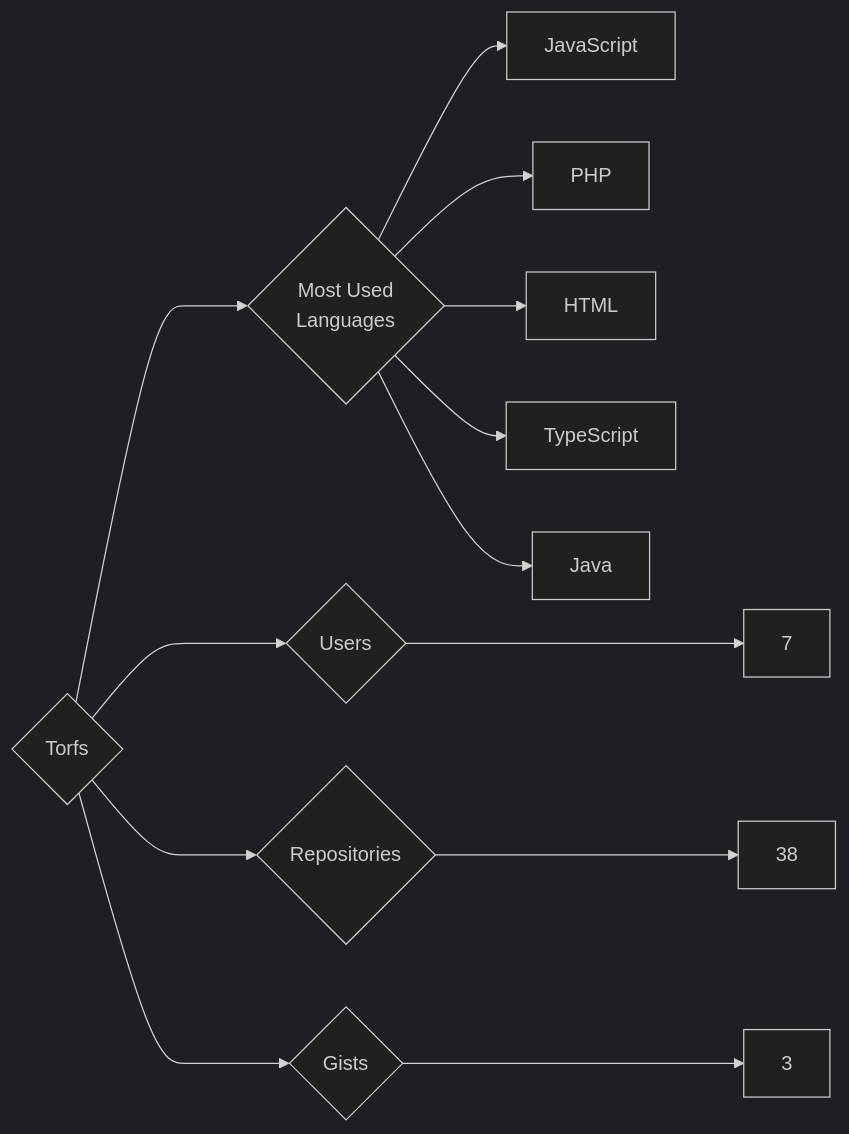
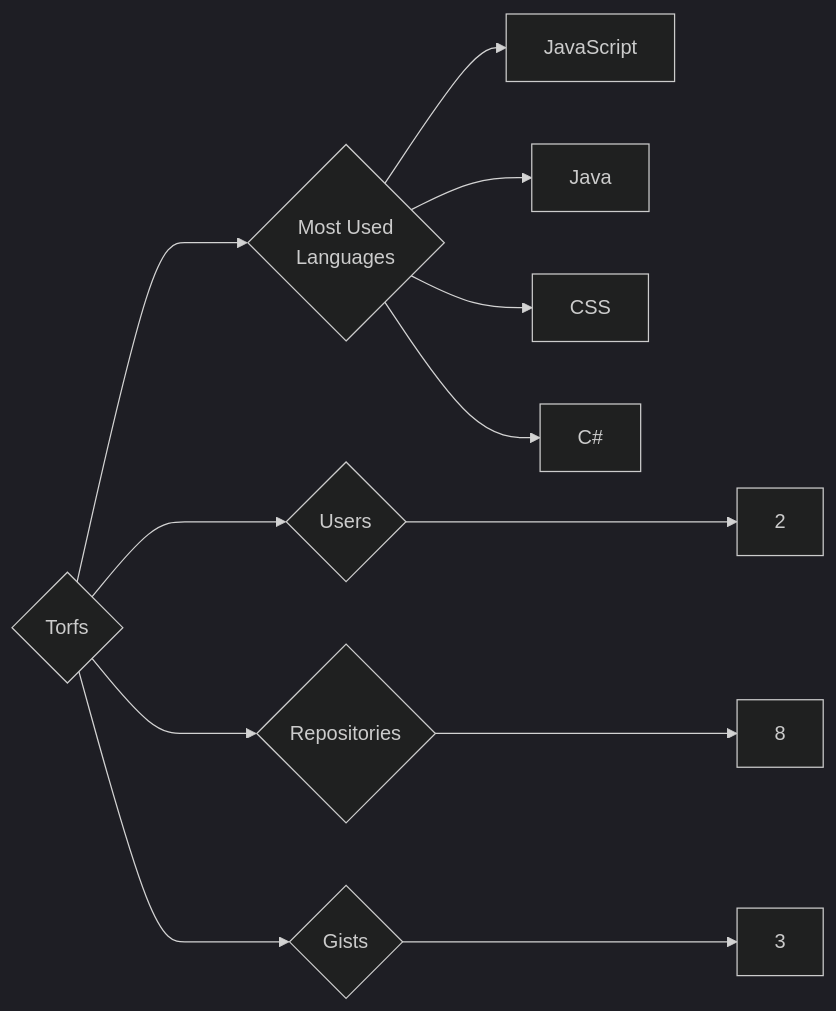
The diagram in targets/Torfs/README.md (trickest/insiders), drawn with Mermaid (dark theme) before and after one commit. The commit also changed 870 other files, not shown here.

````diff
--- a/targets/Torfs/README.md
+++ b/targets/Torfs/README.md
@@ -3,13 +3,12 @@
 ```mermaid
 graph LR
 COMPANY_NAME{Torfs}
-COMPANY_NAME ---> U{Users} ---> UN[7]
-COMPANY_NAME ---> R{Repositories} ---> RN[38]
+COMPANY_NAME ---> U{Users} ---> UN[2]
+COMPANY_NAME ---> R{Repositories} ---> RN[8]
 COMPANY_NAME ---> G{Gists} ---> GN[3]
 COMPANY_NAME ---> ML{Most Used<br>Languages}
 ML --> JavaScript[JavaScript]
-ML --> PHP[PHP]
-ML --> HTML[HTML]
-ML --> TypeScript[TypeScript]
 ML --> Java[Java]
+ML --> CSS[CSS]
+ML --> C#[C#]
 ```
````
